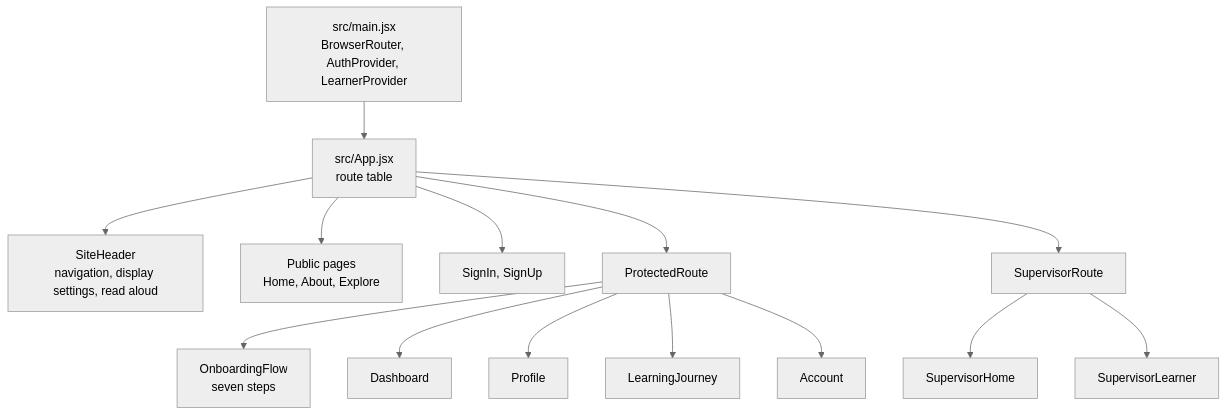
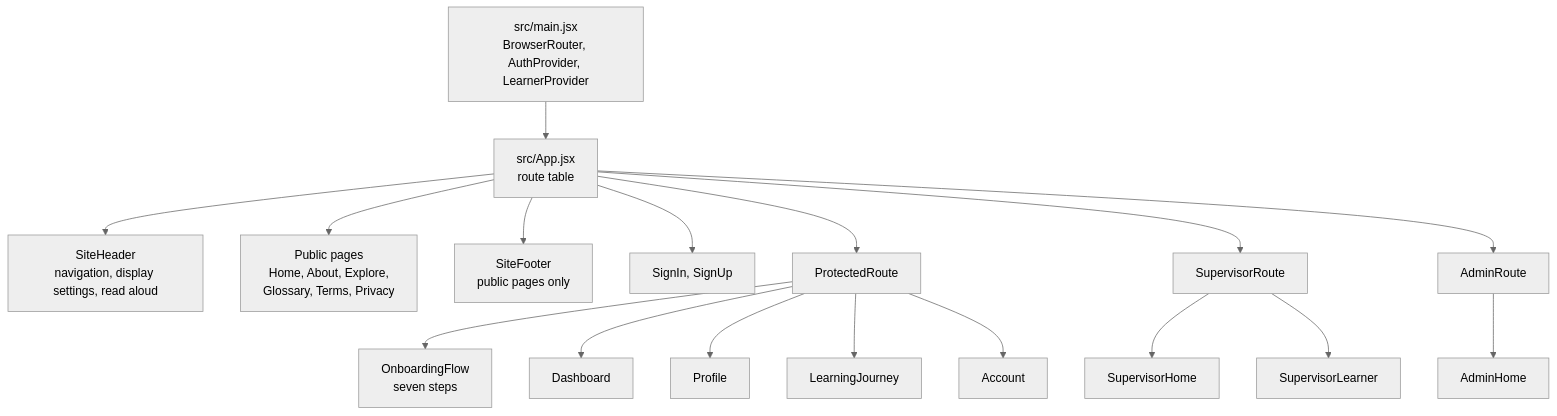
The second of 4 diagrams in docs/architecture/overview.md (ayonman100/eabd-learning-platform), drawn with Mermaid (neutral theme) before and after one commit. The commit also changed other lines of this file and 7 other files, not shown here.

Commit message:
docs(changelog): Record changes since the Vercel route fix - The log starts on 28 October 2026, at the rewrite that serves every route from index.html. - The index, overview, security notes, and pathway notes now include the admin role and the public pages.

````diff
--- a/docs/architecture/overview.md
+++ b/docs/architecture/overview.md
@@ -43,16 +44,19 @@
 ```mermaid
 flowchart TD
   Main["src/main.jsx<br/>BrowserRouter, AuthProvider, LearnerProvider"] --> App["src/App.jsx<br/>route table"]
   App --> Header["SiteHeader<br/>navigation, display settings, read aloud"]
-  App --> Public["Public pages<br/>Home, About, Explore"]
+  App --> Public["Public pages<br/>Home, About, Explore,<br/>Glossary, Terms, Privacy"]
+  App --> Footer["SiteFooter<br/>public pages only"]
   App --> Auth["SignIn, SignUp"]
   App --> Protected["ProtectedRoute"]
   Protected --> Onboarding["OnboardingFlow<br/>seven steps"]
   Protected --> Dashboard["Dashboard"]
   Protected --> Profile["Profile"]
   Protected --> Journey["LearningJourney"]
   Protected --> Account["Account"]
   App --> SupGuard["SupervisorRoute"]
   SupGuard --> SupHome["SupervisorHome"]
   SupGuard --> SupLearner["SupervisorLearner"]
+  App --> AdminGuard["AdminRoute"]
+  AdminGuard --> AdminHome["AdminHome"]
 ```
````
